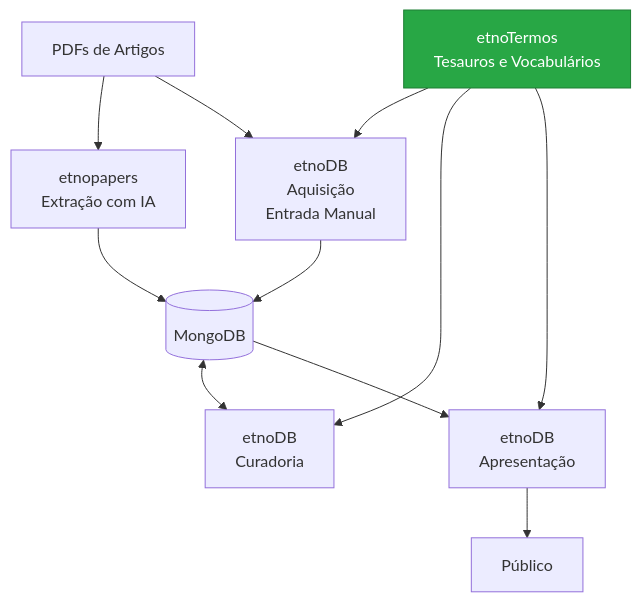
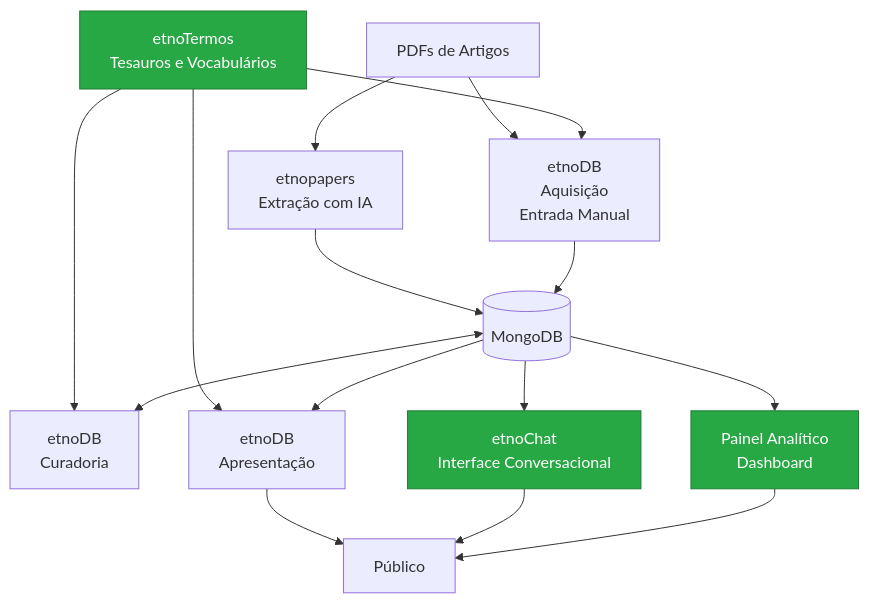
The second of 4 diagrams in README.md (edalcin/Arquitetura-BioCultural), drawn with Mermaid before and after one commit. The commit also changed other lines of this file and 4 other files, not shown here.

First line of the commit message:
Adicionar etnoChat e Painel Analítico na arquitetura - Versão 1.4

````diff
--- a/README.md
+++ b/README.md
@@ -244,18 +282,25 @@
 ```mermaid
 graph TB
     PDF[PDFs de Artigos] --> EP[etnopapers<br/>Extração com IA]
     PDF --> ED_ACQ[etnoDB<br/>Aquisição<br/> Entrada Manual]
 
     EP --> MONGO[(MongoDB)]
     ED_ACQ --> MONGO
 
     ET[etnoTermos<br/>Tesauros e Vocabulários] --> ED_ACQ
     ET --> ED_CUR
     ET --> ED_PUB
 
     MONGO <--> ED_CUR[etnoDB<br/>Curadoria]
     MONGO --> ED_PUB[etnoDB<br/>Apresentação]
+    MONGO --> CHAT[etnoChat<br/>Interface Conversacional]
+    MONGO --> DASH[Painel Analítico<br/>Dashboard]
+
     ED_PUB --> PUB[Público]
+    CHAT --> PUB
+    DASH --> PUB
 
     style ET fill:#28a745,stroke:#1e7e34,color:#ffffff
+    style CHAT fill:#28a745,stroke:#1e7e34,color:#ffffff
+    style DASH fill:#28a745,stroke:#1e7e34,color:#ffffff
 ```
````
